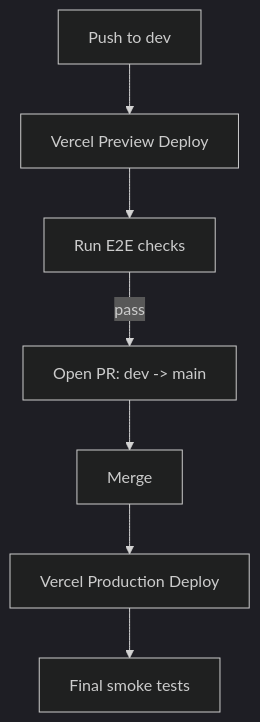
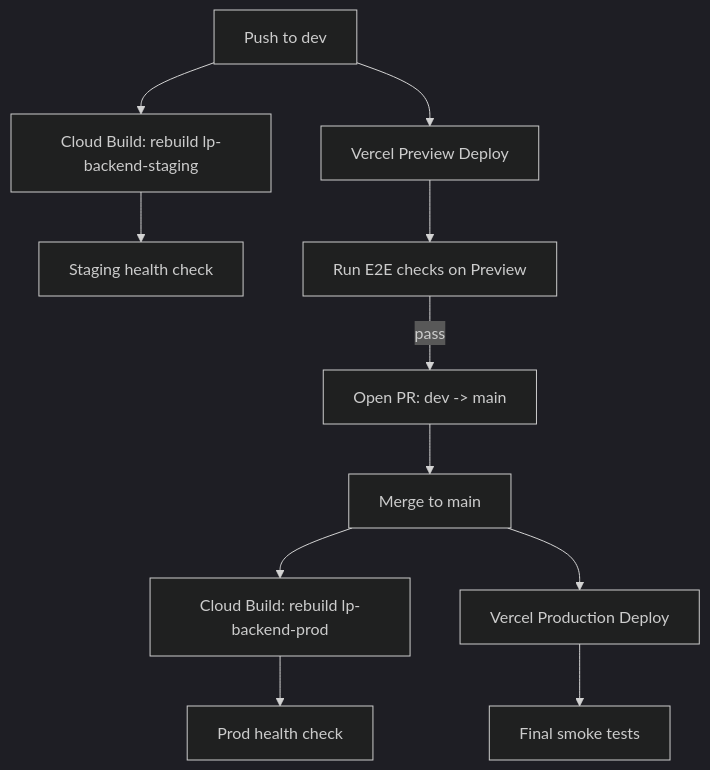
Before and after one commit to yixin0829/lp-generator: the second of 2 diagrams in DEPLOY.md, drawn with Mermaid (dark theme). The commit also changed other lines of this file and 1 other file, not shown here.

First line of the commit message:
feat: add Cloud Build CI/CD for automated backend deployments

````diff
--- a/DEPLOY.md
+++ b/DEPLOY.md
@@ -176,9 +200,13 @@
 ```mermaid
 flowchart TD
-    D[Push to dev] --> PV[Vercel Preview Deploy]
-    PV --> T[Run E2E checks]
+    D[Push to dev] --> CB_S[Cloud Build: rebuild lp-backend-staging]
+    D --> PV[Vercel Preview Deploy]
+    CB_S --> HEALTH_S[Staging health check]
+    PV --> T[Run E2E checks on Preview]
     T -->|pass| PR[Open PR: dev -> main]
-    PR --> M[Merge]
+    PR --> M[Merge to main]
+    M --> CB_P[Cloud Build: rebuild lp-backend-prod]
     M --> PD[Vercel Production Deploy]
+    CB_P --> HEALTH_P[Prod health check]
     PD --> V[Final smoke tests]
 ```
````
